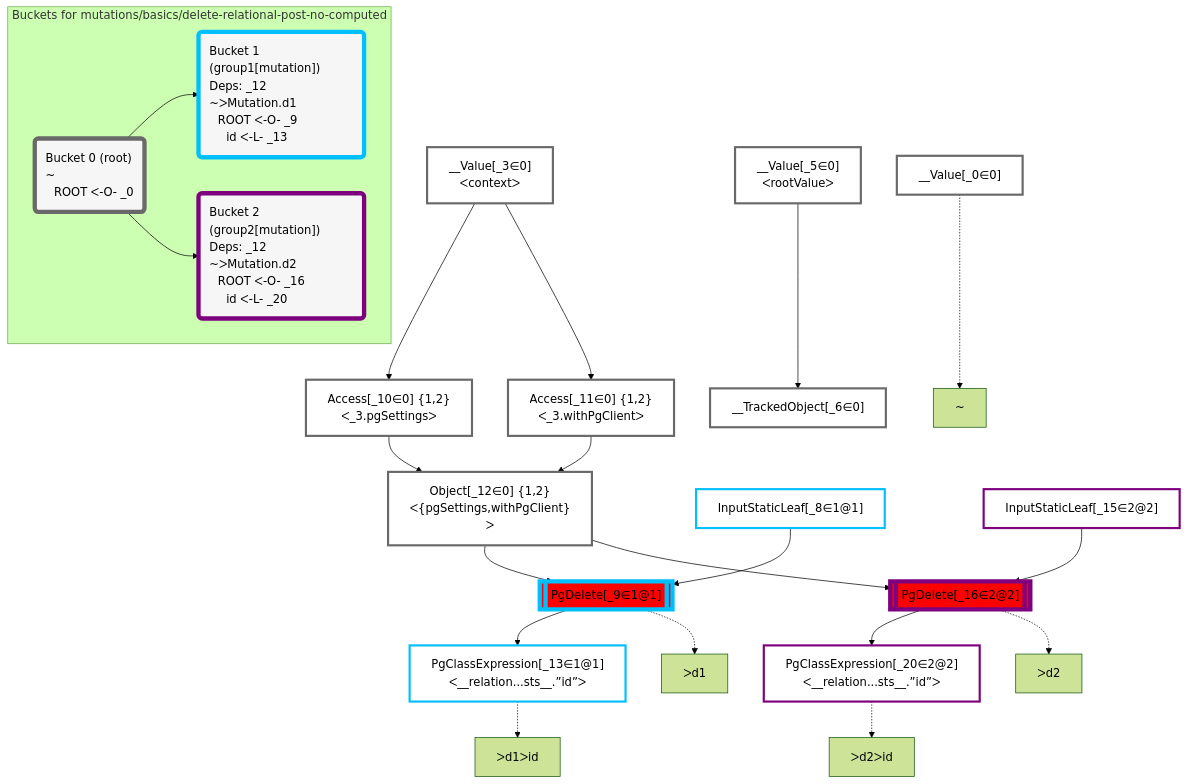
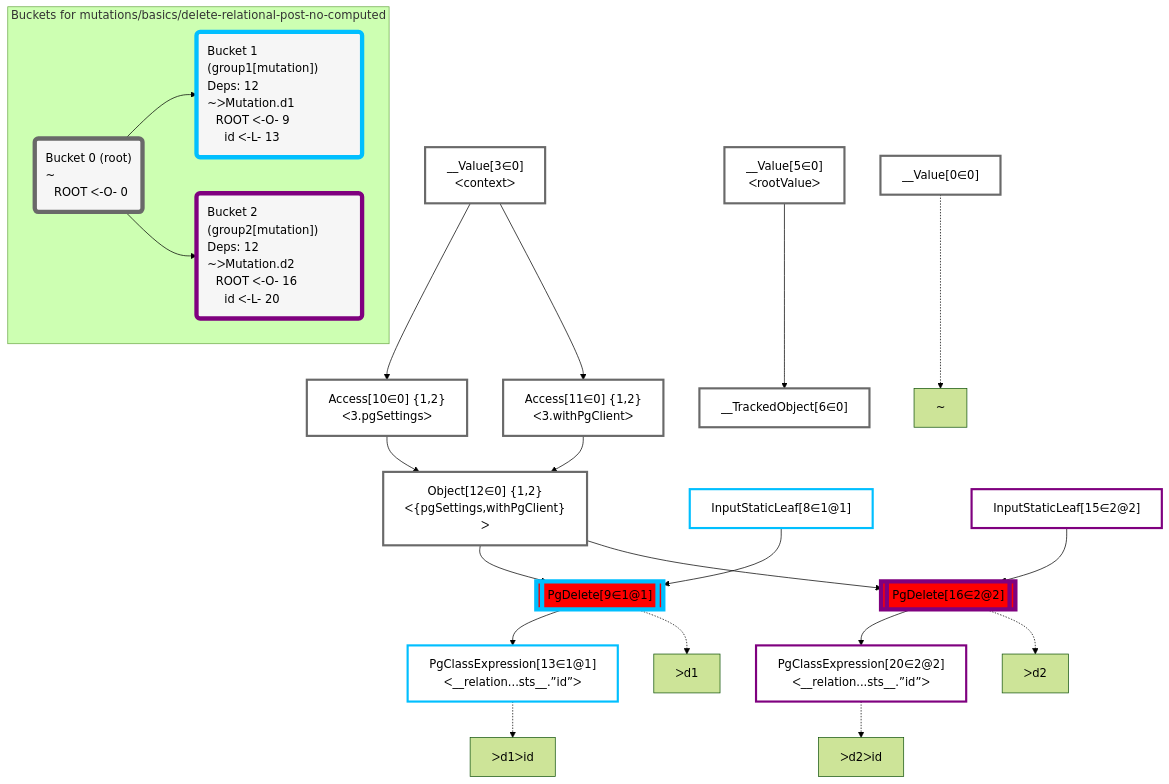
One commit to graphile/crystal changed the diagram in packages/dataplan-pg/__tests__/mutations/basics/delete-relational-post-no-computed.mermaid.md. Above: the diagram before and after it, drawn with Mermaid (forest theme). The commit also changed 195 other files, not shown here.

````diff
--- a/packages/dataplan-pg/__tests__/mutations/basics/delete-relational-post-no-computed.mermaid.md
+++ b/packages/dataplan-pg/__tests__/mutations/basics/delete-relational-post-no-computed.mermaid.md
@@ -1,59 +1,59 @@
 ```mermaid
 graph TD
     classDef path fill:#eee,stroke:#000,color:#000
     classDef plan fill:#fff,stroke-width:3px,color:#000
     classDef itemplan fill:#fff,stroke-width:6px,color:#000
     classDef sideeffectplan fill:#f00,stroke-width:6px,color:#000
     classDef bucket fill:#f6f6f6,color:#000,stroke-width:6px,text-align:left
 
 
     %% define plans
-    __Value_0["__Value[_0∈0]"]:::plan
-    PgClassExpression_13["PgClassExpression[_13∈1@1]<br />ᐸ__relation...sts__.”id”ᐳ"]:::plan
-    PgDelete_9[["PgDelete[_9∈1@1]"]]:::sideeffectplan
-    PgClassExpression_20["PgClassExpression[_20∈2@2]<br />ᐸ__relation...sts__.”id”ᐳ"]:::plan
-    PgDelete_16[["PgDelete[_16∈2@2]"]]:::sideeffectplan
-    Object_12["Object[_12∈0] {1,2}<br />ᐸ{pgSettings,withPgClient}ᐳ"]:::plan
-    Access_10["Access[_10∈0] {1,2}<br />ᐸ_3.pgSettingsᐳ"]:::plan
-    Access_11["Access[_11∈0] {1,2}<br />ᐸ_3.withPgClientᐳ"]:::plan
-    __Value_3["__Value[_3∈0]<br />ᐸcontextᐳ"]:::plan
-    __TrackedObject_6["__TrackedObject[_6∈0]"]:::plan
-    __Value_5["__Value[_5∈0]<br />ᐸrootValueᐳ"]:::plan
-    InputStaticLeaf_8["InputStaticLeaf[_8∈1@1]"]:::plan
-    InputStaticLeaf_15["InputStaticLeaf[_15∈2@2]"]:::plan
+    __Value0["__Value[0∈0]"]:::plan
+    PgClassExpression13["PgClassExpression[13∈1@1]<br />ᐸ__relation...sts__.”id”ᐳ"]:::plan
+    PgDelete9[["PgDelete[9∈1@1]"]]:::sideeffectplan
+    PgClassExpression20["PgClassExpression[20∈2@2]<br />ᐸ__relation...sts__.”id”ᐳ"]:::plan
+    PgDelete16[["PgDelete[16∈2@2]"]]:::sideeffectplan
+    Object12["Object[12∈0] {1,2}<br />ᐸ{pgSettings,withPgClient}ᐳ"]:::plan
+    Access10["Access[10∈0] {1,2}<br />ᐸ3.pgSettingsᐳ"]:::plan
+    Access11["Access[11∈0] {1,2}<br />ᐸ3.withPgClientᐳ"]:::plan
+    __Value3["__Value[3∈0]<br />ᐸcontextᐳ"]:::plan
+    __TrackedObject6["__TrackedObject[6∈0]"]:::plan
+    __Value5["__Value[5∈0]<br />ᐸrootValueᐳ"]:::plan
+    InputStaticLeaf8["InputStaticLeaf[8∈1@1]"]:::plan
+    InputStaticLeaf15["InputStaticLeaf[15∈2@2]"]:::plan
 
     %% plan dependencies
-    PgDelete_9 --> PgClassExpression_13
-    Object_12 & InputStaticLeaf_8 --> PgDelete_9
-    PgDelete_16 --> PgClassExpression_20
-    Object_12 & InputStaticLeaf_15 --> PgDelete_16
-    Access_10 & Access_11 --> Object_12
-    __Value_3 --> Access_10
-    __Value_3 --> Access_11
-    __Value_5 --> __TrackedObject_6
+    PgDelete9 --> PgClassExpression13
+    Object12 & InputStaticLeaf8 --> PgDelete9
+    PgDelete16 --> PgClassExpression20
+    Object12 & InputStaticLeaf15 --> PgDelete16
+    Access10 & Access11 --> Object12
+    __Value3 --> Access10
+    __Value3 --> Access11
+    __Value5 --> __TrackedObject6
 
     %% plan-to-path relationships
-    P_0["~"]
-    __Value_0 -.-> P_0
-    P_9["ᐳd1"]
-    PgDelete_9 -.-> P_9
-    P_13["ᐳd1ᐳid"]
-    PgClassExpression_13 -.-> P_13
-    P_16["ᐳd2"]
-    PgDelete_16 -.-> P_16
-    P_20["ᐳd2ᐳid"]
-    PgClassExpression_20 -.-> P_20
+    P0["~"]
+    __Value0 -.-> P0
+    P9["ᐳd1"]
+    PgDelete9 -.-> P9
+    P13["ᐳd1ᐳid"]
+    PgClassExpression13 -.-> P13
+    P16["ᐳd2"]
+    PgDelete16 -.-> P16
+    P20["ᐳd2ᐳid"]
+    PgClassExpression20 -.-> P20
 
     subgraph "Buckets for mutations/basics/delete-relational-post-no-computed"
-    Bucket0("Bucket 0 (root)<br />~<br />⠀ROOT ᐸ-O- _0"):::bucket
+    Bucket0("Bucket 0 (root)<br />~<br />⠀ROOT ᐸ-O- 0"):::bucket
     classDef bucket0 stroke:#696969
-    class Bucket0,__Value_0,__Value_3,__Value_5,__TrackedObject_6,Access_10,Access_11,Object_12 bucket0
-    Bucket1("Bucket 1 (group1[mutation])<br />Deps: _12<br />~ᐳMutation.d1<br />⠀ROOT ᐸ-O- _9<br />⠀⠀id ᐸ-L- _13"):::bucket
+    class Bucket0,__Value0,__Value3,__Value5,__TrackedObject6,Access10,Access11,Object12 bucket0
+    Bucket1("Bucket 1 (group1[mutation])<br />Deps: 12<br />~ᐳMutation.d1<br />⠀ROOT ᐸ-O- 9<br />⠀⠀id ᐸ-L- 13"):::bucket
     classDef bucket1 stroke:#00bfff
-    class Bucket1,InputStaticLeaf_8,PgDelete_9,PgClassExpression_13 bucket1
-    Bucket2("Bucket 2 (group2[mutation])<br />Deps: _12<br />~ᐳMutation.d2<br />⠀ROOT ᐸ-O- _16<br />⠀⠀id ᐸ-L- _20"):::bucket
+    class Bucket1,InputStaticLeaf8,PgDelete9,PgClassExpression13 bucket1
+    Bucket2("Bucket 2 (group2[mutation])<br />Deps: 12<br />~ᐳMutation.d2<br />⠀ROOT ᐸ-O- 16<br />⠀⠀id ᐸ-L- 20"):::bucket
     classDef bucket2 stroke:#7f007f
-    class Bucket2,InputStaticLeaf_15,PgDelete_16,PgClassExpression_20 bucket2
+    class Bucket2,InputStaticLeaf15,PgDelete16,PgClassExpression20 bucket2
     Bucket0 --> Bucket1 & Bucket2
     end
 ```
````
